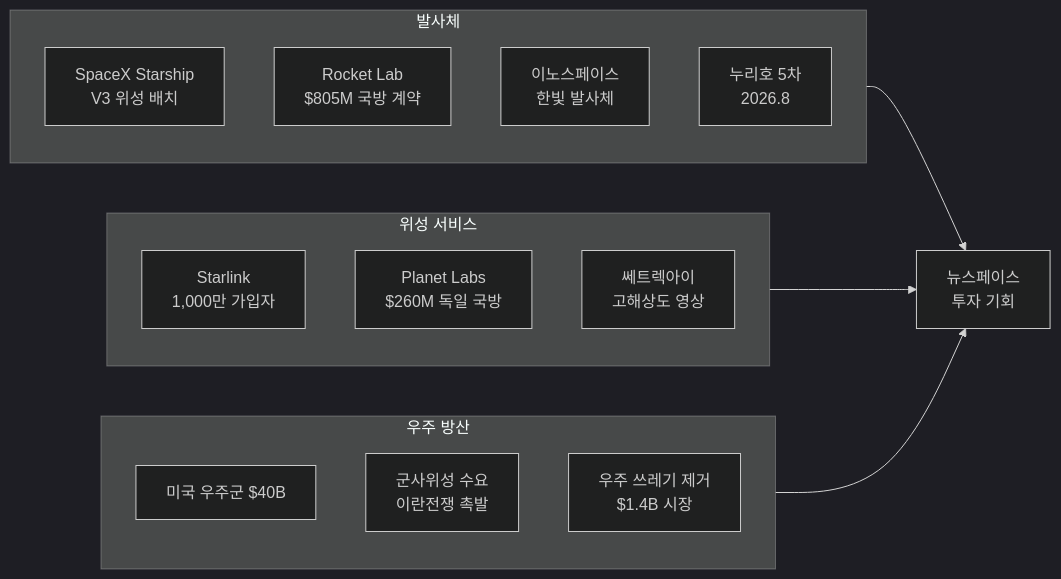
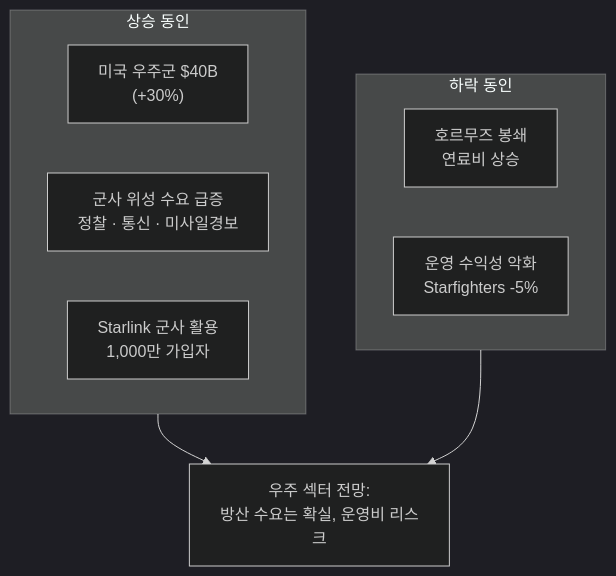
The fifth of 7 diagrams in _posts/knowledge/invest/2026-03-07-defense-space-sector-outlook-2026.md (dss99911/dss99911.github.io), drawn with Mermaid (dark theme) before and after one commit. The commit also changed other lines of this file and 4 other files, not shown here.

````diff
--- a/_posts/knowledge/invest/2026-03-07-defense-space-sector-outlook-2026.md
+++ b/_posts/knowledge/invest/2026-03-07-defense-space-sector-outlook-2026.md
@@ -154,25 +212,16 @@
 ```mermaid
-graph LR
-    subgraph Launch["발사체"]
-        L1["SpaceX Starship<br/>V3 위성 배치"]
-        L2["Rocket Lab<br/>$805M 국방 계약"]
-        L3["이노스페이스<br/>한빛 발사체"]
-        L4["누리호 5차<br/>2026.8"]
+graph TD
+    subgraph Positive["상승 동인"]
+        P1["미국 우주군 $40B<br/>(+30%)"]
+        P2["군사 위성 수요 급증<br/>정찰 · 통신 · 미사일경보"]
+        P3["Starlink 군사 활용<br/>1,000만 가입자"]
     end
 
-    subgraph Satellite["위성 서비스"]
-        S1["Starlink<br/>1,000만 가입자"]
-        S2["Planet Labs<br/>$260M 독일 국방"]
-        S3["쎄트렉아이<br/>고해상도 영상"]
+    subgraph Negative["하락 동인"]
+        N1["호르무즈 봉쇄<br/>연료비 상승"]
+        N2["운영 수익성 악화<br/>Starfighters -5%"]
     end
 
-    subgraph SpaceDefense["우주 방산"]
-        D1["미국 우주군 $40B"]
-        D2["군사위성 수요<br/>이란전쟁 촉발"]
-        D3["우주 쓰레기 제거<br/>$1.4B 시장"]
-    end
-
-    Launch --> I["뉴스페이스<br/>투자 기회"]
-    Satellite --> I
-    SpaceDefense --> I
+    Positive --> R["우주 섹터 전망&colon;<br/>방산 수요는 확실, 운영비 리스크"]
+    Negative --> R
 ```
````
